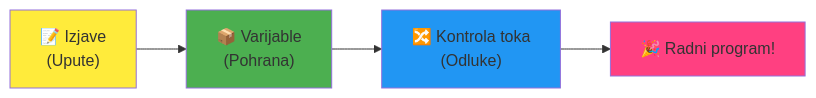
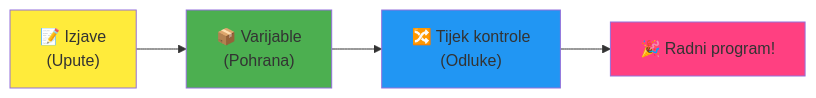
The fourth of 7 diagrams in translations/hr/1-getting-started-lessons/1-intro-to-programming-languages/README.md (microsoft/Web-Dev-For-Beginners), drawn with Mermaid before and after one commit. The commit also changed other lines of this file and 11 other files, not shown here.

````diff
--- a/translations/hr/1-getting-started-lessons/1-intro-to-programming-languages/README.md
+++ b/translations/hr/1-getting-started-lessons/1-intro-to-programming-languages/README.md
@@ -467,9 +467,9 @@
 ```mermaid
 flowchart LR
-    A["📝 Izjave<br/>(Upute)"] --> B["📦 Varijable<br/>(Pohrana)"] --> C["🔀 Kontrola toka<br/>(Odluke)"] --> D["🎉 Radni program!"]
+    A["📝 Izjave<br/>(Upute)"] --> B["📦 Varijable<br/>(Pohrana)"] --> C["🔀 Tijek kontrole<br/>(Odluke)"] --> D["🎉 Radni program!"]
     
     style A fill:#ffeb3b
     style B fill:#4caf50
     style C fill:#2196f3
     style D fill:#ff4081
 ```
````
